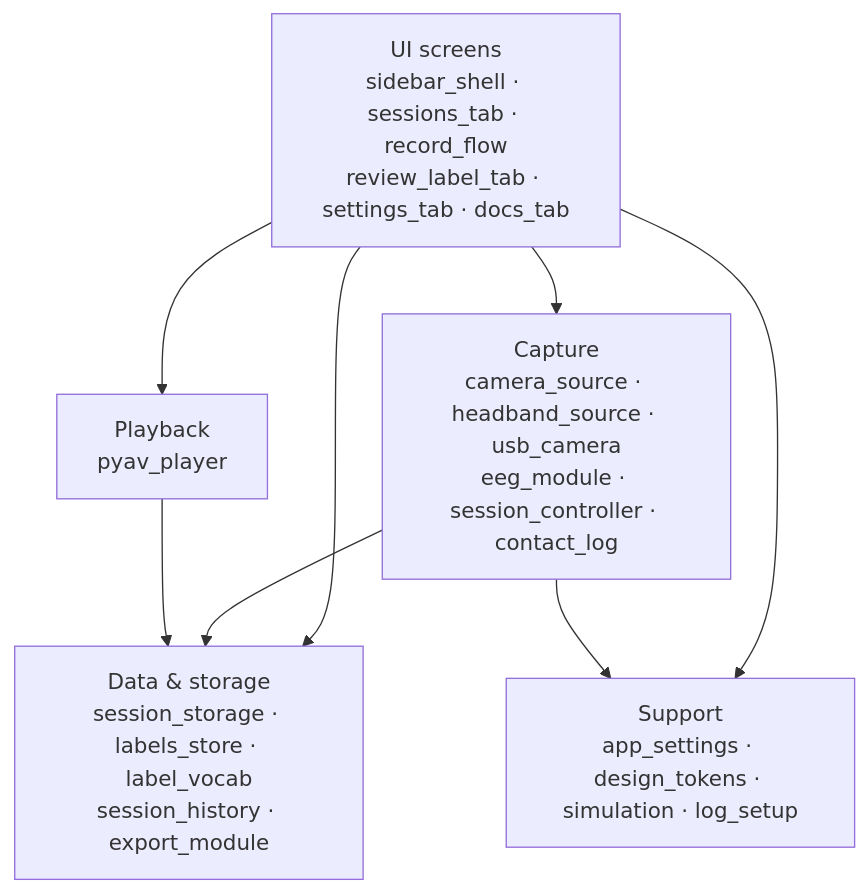
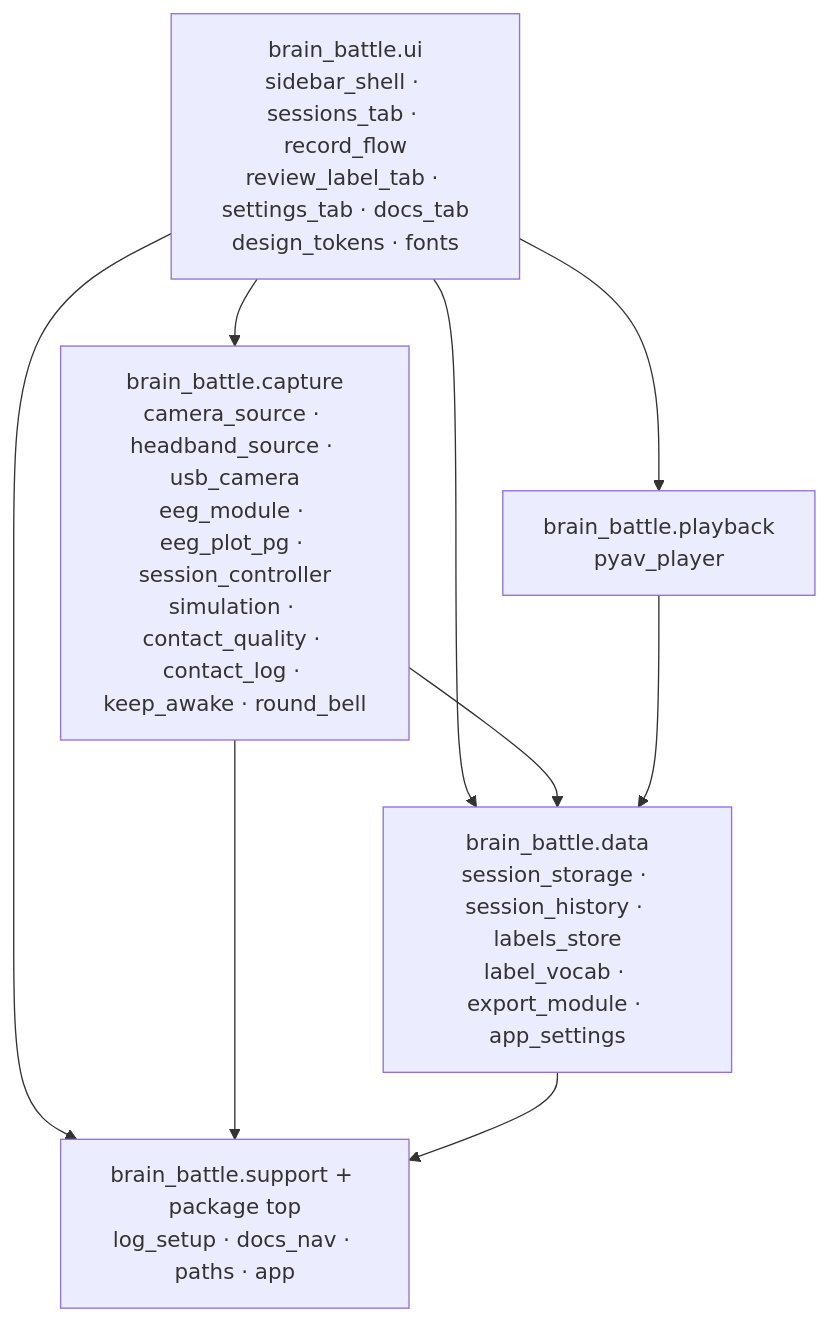
The diagram in docs/diagrams/component.mmd (mohammadabdullahkhurram/Brain-Battle-Phase-3), drawn with Mermaid before and after one commit. The commit also changed 19 other files, not shown here.

```diff
--- a/docs/diagrams/component.mmd
+++ b/docs/diagrams/component.mmd
@@ -1,15 +1,16 @@
 %%{init: {'themeVariables': {'fontSize': '16px'}}}%%
 flowchart TB
-    UIG["UI screens<br/>sidebar_shell · sessions_tab · record_flow<br/>review_label_tab · settings_tab · docs_tab"]
-    CAP["Capture<br/>camera_source · headband_source · usb_camera<br/>eeg_module · session_controller · contact_log"]
-    PLY["Playback<br/>pyav_player"]
-    DATA["Data &amp; storage<br/>session_storage · labels_store · label_vocab<br/>session_history · export_module"]
-    SUP["Support<br/>app_settings · design_tokens · simulation · log_setup"]
+    UIG["brain_battle.ui<br/>sidebar_shell · sessions_tab · record_flow<br/>review_label_tab · settings_tab · docs_tab<br/>design_tokens · fonts"]
+    CAP["brain_battle.capture<br/>camera_source · headband_source · usb_camera<br/>eeg_module · eeg_plot_pg · session_controller<br/>simulation · contact_quality · contact_log · keep_awake · round_bell"]
+    PLY["brain_battle.playback<br/>pyav_player"]
+    DATA["brain_battle.data<br/>session_storage · session_history · labels_store<br/>label_vocab · export_module · app_settings"]
+    SUP["brain_battle.support + package top<br/>log_setup · docs_nav · paths · app"]
 
     UIG --> CAP
     UIG --> PLY
     UIG --> DATA
     CAP --> DATA
     PLY --> DATA
     UIG --> SUP
     CAP --> SUP
+    DATA --> SUP
```
